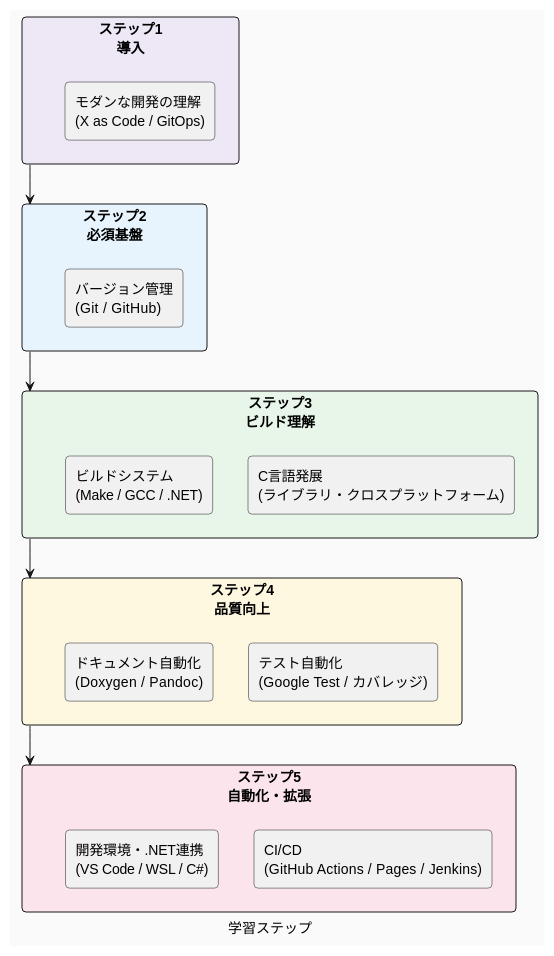
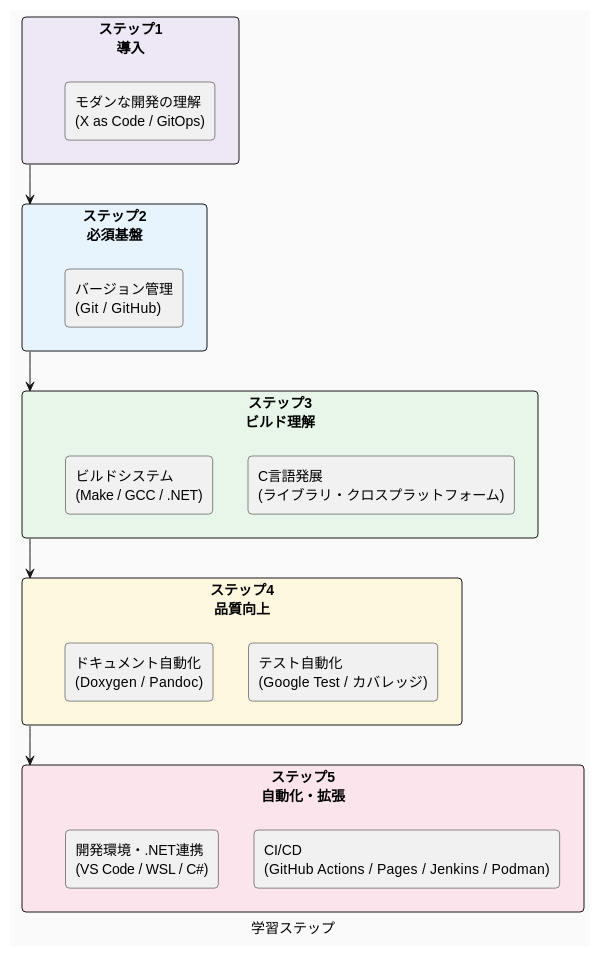
One commit to Hondarer/c-modernization-kit changed the diagram in docs-src/skill-guide/README.md. Above: the diagram before and after it, drawn with PlantUML.

Commit message:
改訂

````diff
--- a/docs-src/skill-guide/README.md
+++ b/docs-src/skill-guide/README.md
@@ -19,35 +19,35 @@
 ```plantuml
 @startuml 学習ステップ
     caption 学習ステップ
     skinparam backgroundColor #FAFAFA
     skinparam roundcorner 8
 
     rectangle "ステップ1\n導入" as P1 #EDE7F6 {
         rectangle "モダンな開発の理解\n(X as Code / GitOps)" as P1A
     }
 
     rectangle "ステップ2\n必須基盤" as P2 #E8F4FD {
         rectangle "バージョン管理\n(Git / GitHub)" as P2A
     }
 
     rectangle "ステップ3\nビルド理解" as P3 #E8F5E9 {
         rectangle "C言語発展\n(ライブラリ・クロスプラットフォーム)" as P3A
         rectangle "ビルドシステム\n(Make / GCC / .NET)" as P3B
     }
 
     rectangle "ステップ4\n品質向上" as P4 #FFF8E1 {
         rectangle "テスト自動化\n(Google Test / カバレッジ)" as P4A
         rectangle "ドキュメント自動化\n(Doxygen / Pandoc)" as P4B
     }
 
     rectangle "ステップ5\n自動化・拡張" as P5 #FCE4EC {
-        rectangle "CI/CD\n(GitHub Actions / Pages / Jenkins)" as P5A
+        rectangle "CI/CD\n(GitHub Actions / Pages / Jenkins / Podman)" as P5A
         rectangle "開発環境・.NET連携\n(VS Code / WSL / C#)" as P5B
     }
 
     P1 -down-> P2
     P2 -down-> P3
     P3 -down-> P4
     P4 -down-> P5
 @enduml
 ```
````
